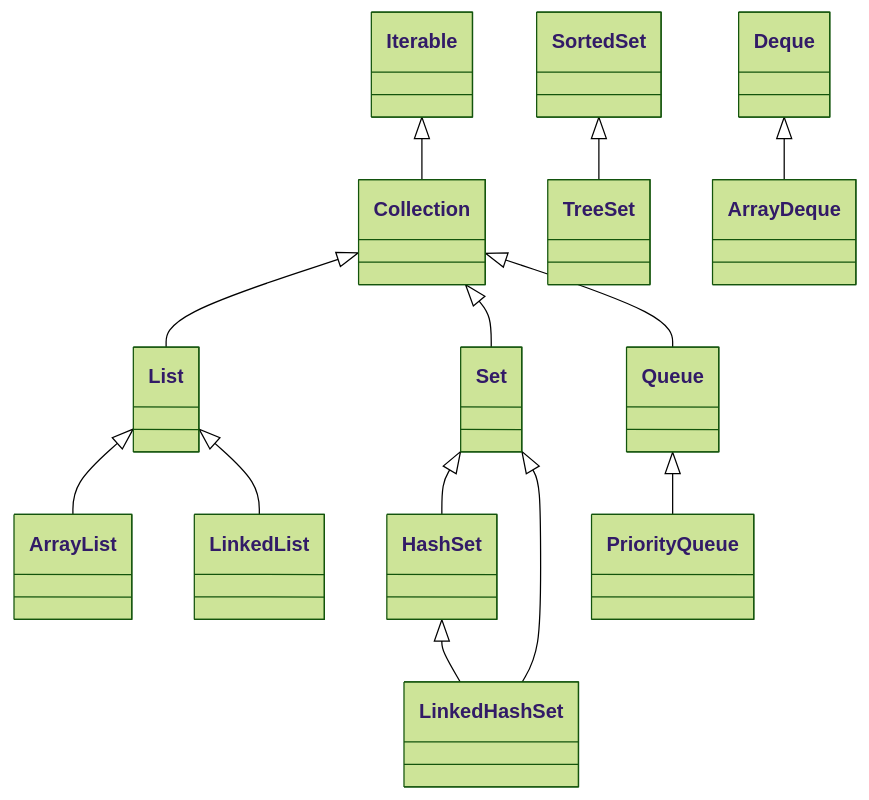
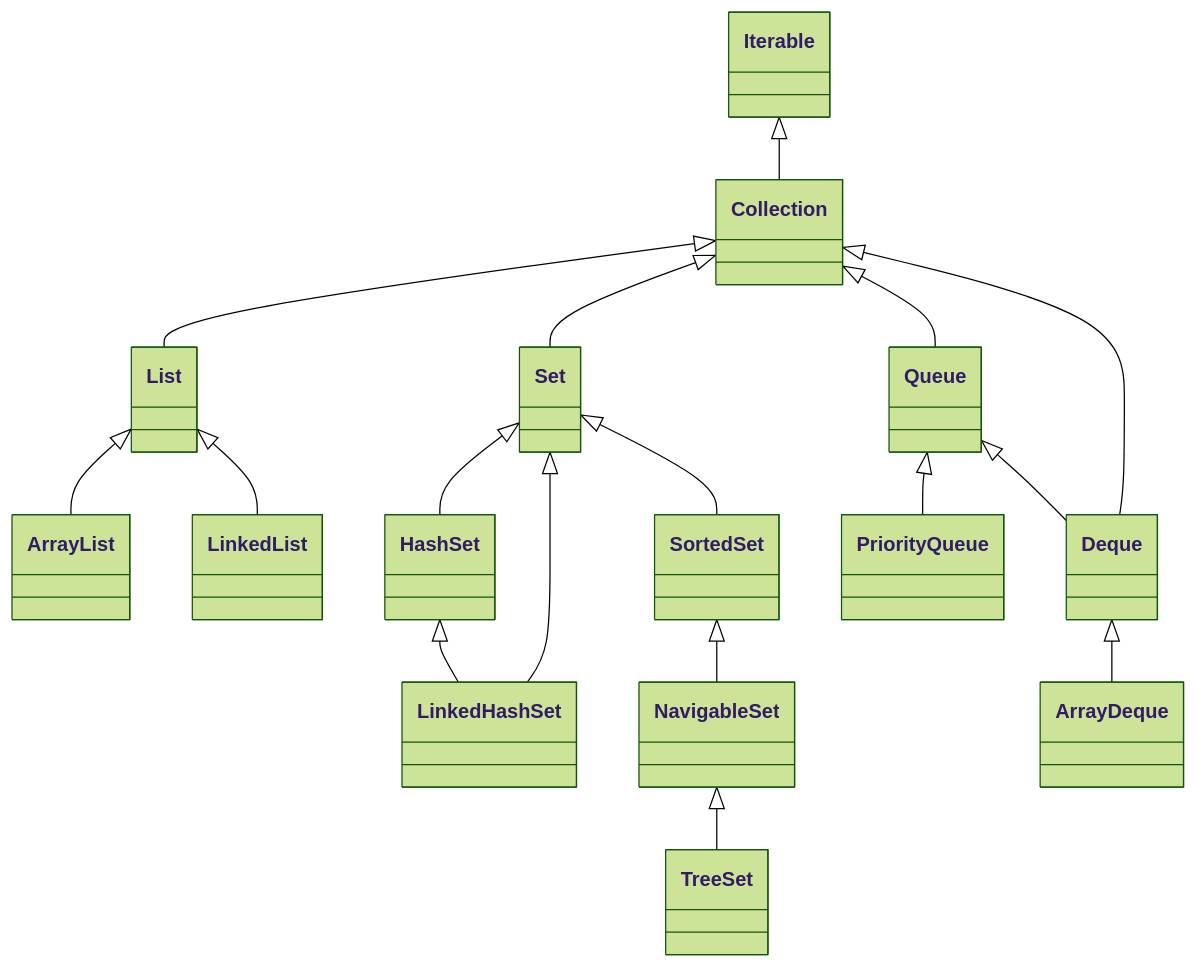
The diagram in 10. Коллекции и структуры данных.md (MirosMax/Java), drawn with Mermaid (forest theme) before and after one commit. The commit also changed other lines of this file, not shown here.

Commit message:
Заметка 10: расширение — NavigableSet/Map, Map-методы, EnumSet/EnumMap, fail-fast, производительность

````diff
--- a/10. Коллекции и структуры данных.md
+++ b/10. Коллекции и структуры данных.md
@@ -22,15 +24,19 @@
 ```mermaid
 classDiagram
     Iterable <|-- Collection
     Collection <|-- List
     Collection <|-- Set
     Collection <|-- Queue
+    Collection <|-- Deque
     List <|-- ArrayList
     List <|-- LinkedList
     Set <|-- HashSet
     Set <|-- LinkedHashSet
-    SortedSet <|-- TreeSet
+    Set <|-- SortedSet
+    SortedSet <|-- NavigableSet
+    NavigableSet <|-- TreeSet
     Queue <|-- PriorityQueue
+    Queue <|-- Deque
     Deque <|-- ArrayDeque
     HashSet <|-- LinkedHashSet
 ```
````
